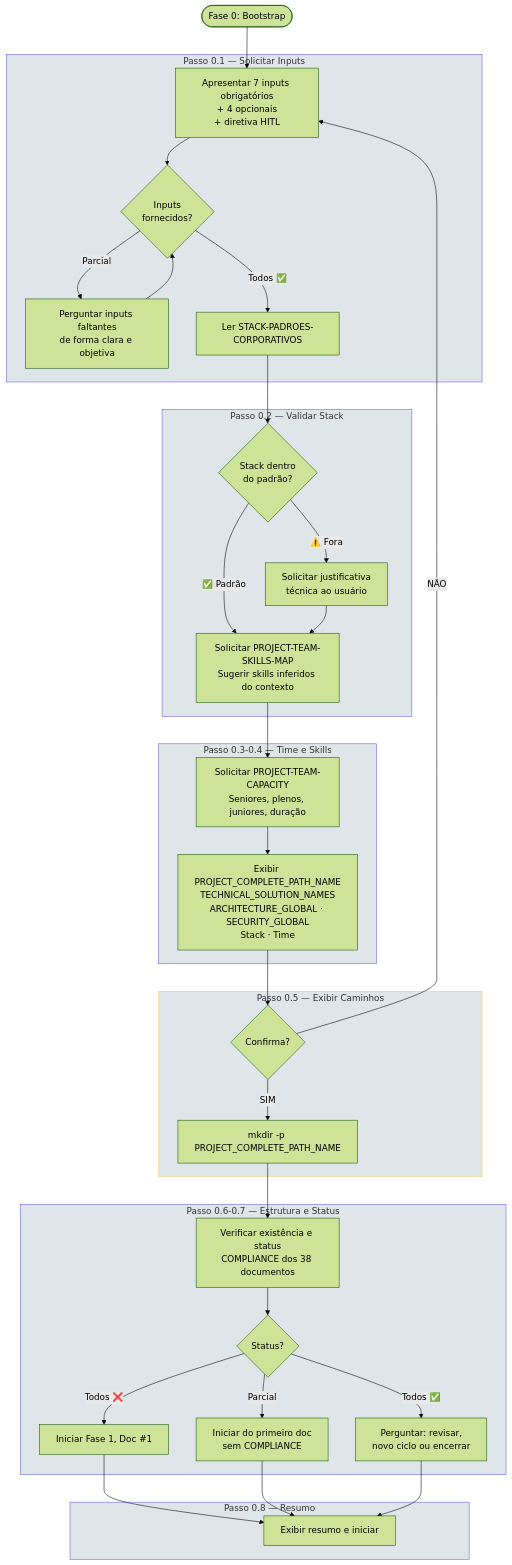
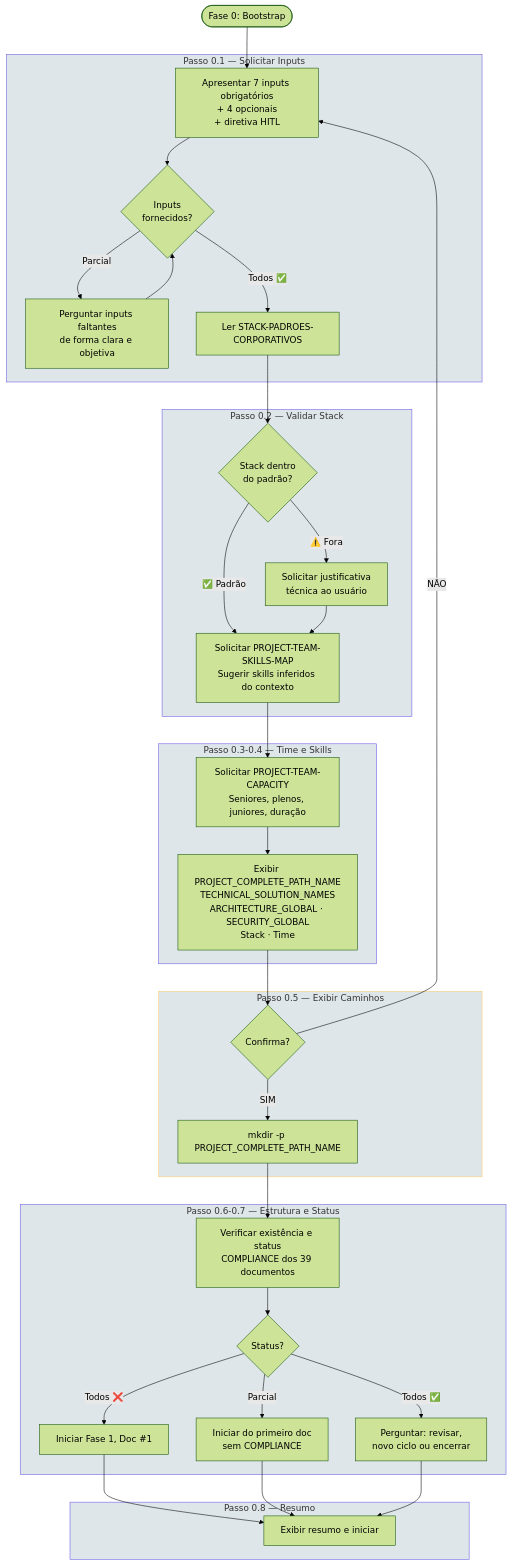
The second of 11 diagrams in .specs/prompts/project-documents-waterfall/FLOWCHART-PROMPT-ROADMAP-GENERATE-PROJECT-DOCUMENTS-WATERFALL.md (bolismar69/workspace-fbso), drawn with Mermaid (forest theme) before and after one commit. The commit also changed other lines of this file and 6 other files, not shown here.

First line of the commit message:
feat: fase 3 janelas — consistência global (EXECUTION v2.1, master v3.1/39 docs/118 prompts, 3 flowcharts)

````diff
--- a/.specs/prompts/project-documents-waterfall/FLOWCHART-PROMPT-ROADMAP-GENERATE-PROJECT-DOCUMENTS-WATERFALL.md
+++ b/.specs/prompts/project-documents-waterfall/FLOWCHART-PROMPT-ROADMAP-GENERATE-PROJECT-DOCUMENTS-WATERFALL.md
@@ -162,50 +162,50 @@
 ```mermaid
 flowchart TD
     F0_START(["Fase 0: Bootstrap"]) --> F0_1
 
     subgraph PASSO_01["Passo 0.1 — Solicitar Inputs"]
         F0_1["Apresentar 7 inputs obrigatórios<br/>+ 4 opcionais<br/>+ diretiva HITL"] --> F0_1_DEC{Inputs<br/>fornecidos?}
         F0_1_DEC -->|Parcial| F0_1_ASK["Perguntar inputs faltantes<br/>de forma clara e objetiva"]
         F0_1_ASK --> F0_1_DEC
         F0_1_DEC -->|Todos ✅| F0_2
     end
 
     subgraph PASSO_02["Passo 0.2 — Validar Stack"]
         F0_2["Ler STACK-PADROES-CORPORATIVOS"] --> F0_2_VAL{Stack dentro<br/>do padrão?}
         F0_2_VAL -->|✅ Padrão| F0_3
         F0_2_VAL -->|⚠️ Fora| F0_2_JUST["Solicitar justificativa<br/>técnica ao usuário"]
         F0_2_JUST --> F0_3
     end
 
     subgraph PASSO_03["Passo 0.3-0.4 — Time e Skills"]
         F0_3["Solicitar PROJECT-TEAM-SKILLS-MAP<br/>Sugerir skills inferidos do contexto"] --> F0_4["Solicitar PROJECT-TEAM-CAPACITY<br/>Seniores, plenos, juniores, duração"]
         F0_4 --> F0_5
     end
 
     subgraph PASSO_04["Passo 0.5 — Exibir Caminhos"]
         F0_5["Exibir PROJECT_COMPLETE_PATH_NAME<br/>TECHNICAL_SOLUTION_NAMES<br/>ARCHITECTURE_GLOBAL · SECURITY_GLOBAL<br/>Stack · Time"] --> F0_5_CONF{Confirma?}
         F0_5_CONF -->|NÃO| F0_1
         F0_5_CONF -->|SIM| F0_6
     end
 
     subgraph PASSO_05["Passo 0.6-0.7 — Estrutura e Status"]
-        F0_6["mkdir -p PROJECT_COMPLETE_PATH_NAME"] --> F0_7["Verificar existência e status<br/>COMPLIANCE dos 38 documentos"]
+        F0_6["mkdir -p PROJECT_COMPLETE_PATH_NAME"] --> F0_7["Verificar existência e status<br/>COMPLIANCE dos 39 documentos"]
         F0_7 --> F0_7_DEC{Status?}
         F0_7_DEC -->|"Todos ❌"| F0_8A["Iniciar Fase 1, Doc #1"]
         F0_7_DEC -->|"Parcial"| F0_8B["Iniciar do primeiro doc<br/>sem COMPLIANCE"]
         F0_7_DEC -->|"Todos ✅"| F0_8C["Perguntar: revisar,<br/>novo ciclo ou encerrar"]
     end
 
     subgraph PASSO_06["Passo 0.8 — Resumo"]
         F0_8A --> F0_8["Exibir resumo e iniciar"]
         F0_8B --> F0_8
         F0_8C --> F0_8
     end
 
     style PASSO_01 fill:#dfe6e9,stroke:#6c5ce7
     style PASSO_02 fill:#dfe6e9,stroke:#6c5ce7
     style PASSO_03 fill:#dfe6e9,stroke:#6c5ce7
     style PASSO_04 fill:#dfe6e9,stroke:#fdcb6e
     style PASSO_05 fill:#dfe6e9,stroke:#6c5ce7
     style PASSO_06 fill:#dfe6e9,stroke:#6c5ce7
 ```
````
